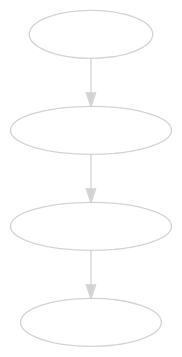
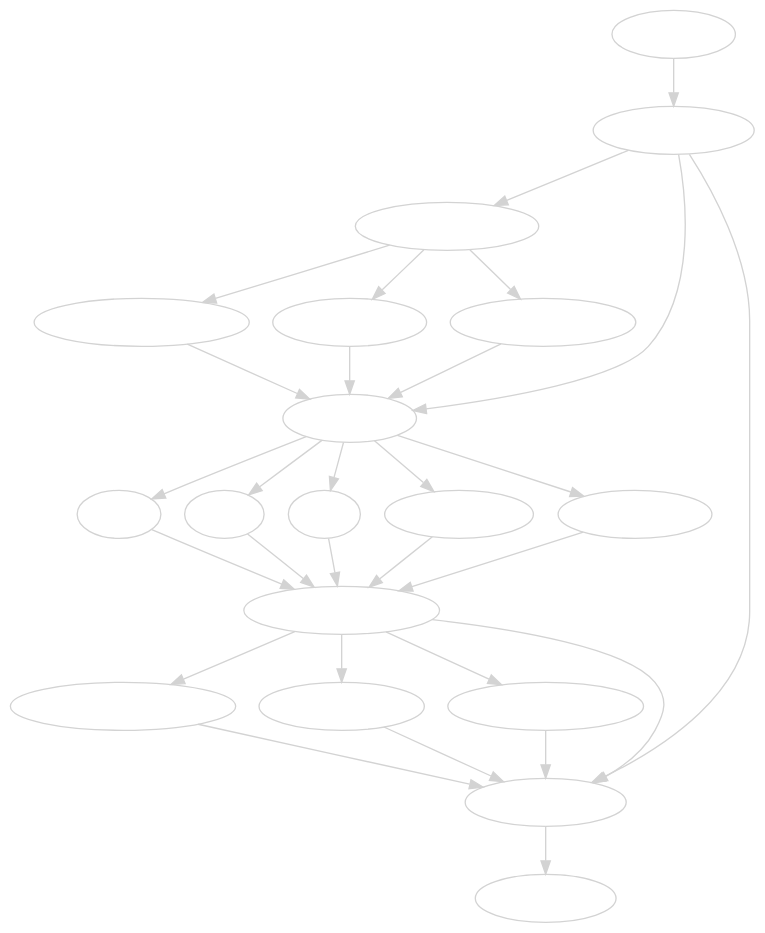
One commit to wactbprot/devhub changed the diagram in resources/req-res.dot. Above: the diagram before and after it, drawn with Graphviz. The commit also changed 2 other files, not shown here.

```diff
--- a/resources/req-res.dot
+++ b/resources/req-res.dot
@@ -1,15 +1,69 @@
 digraph  regexp {
         
         bgcolor=transparent                                                             
         node[color=lightgray, fontcolor=white]
         edge[color=lightgray]
 
         req [label="request", URL="", tooltip="incomming request"];
         res [label="response", URL="", tooltip="outgoing response"];  
         j2m [label="json->map", URL="", tooltip="decode json to clojure map"];
-        m2j [label="json->map", URL="", tooltip="clojure map to decode json"];
+
+        pre [label="pre dispatch", URL="", tooltip="pre-scripts or pre-processing"];
+        pre_js [label=":PreProcessing", URL="", tooltip="pre-processing of js code"];
+        pre_clj [label=":PreScript", URL="", tooltip="clojure functions"]; 
+        pre_py  [label=":PreScriptPy", URL="", tooltip="pre-scripts with python3"]; 
+
+        disp [label="dispatch", URL="", tooltip="dispatch"];
+        stub [label="stub", URL="", tooltip="pre defind responses"];
+        tcp [label="TCP", URL="", tooltip="requests to tcp devices"];
+        vxi [label="VXI", URL="", tooltip="requests to vxi devices"];
+        modbus [label="MODBUS", URL="", tooltip="requests to modbus devices"];
+        exec [label="EXECUTE", URL="", tooltip="execution of commands"];
+        
+        
+        post [label="post dispatch", URL="", tooltip="post-scripts or post-processing"];
+        post_js [label=":PostProcessing", URL="", tooltip="post-processing of js code"];
+        post_clj [label=":PostScript", URL="", tooltip="clojure functions"]; 
+        post_py  [label=":PostScriptPy", URL="", tooltip="post-scripts with python3"]; 
+
+        m2j [label="map->json", URL="", tooltip="clojure map to decode json"];
         
         req -> j2m
+        j2m -> disp
+        
+        j2m -> pre
+        pre -> pre_js
+        pre -> pre_py
+        pre -> pre_clj
+        
+        pre_js ->disp
+        pre_py ->disp
+        pre_clj->disp
+
+        disp -> stub
+
+        disp -> tcp
+        disp -> vxi
+        disp -> exec
+        disp -> modbus
+
+        tcp   -> post
+        vxi   -> post
+        exec  -> post
+        modbus-> post        
+        stub -> post
+
+        post -> m2j
+        post -> post_js
+        post -> post_py
+        post -> post_clj
+
+        post_js -> m2j
+        post_py -> m2j
+        post_clj-> m2j
+        
         j2m -> m2j
+
+        
         m2j -> res
 }
```
